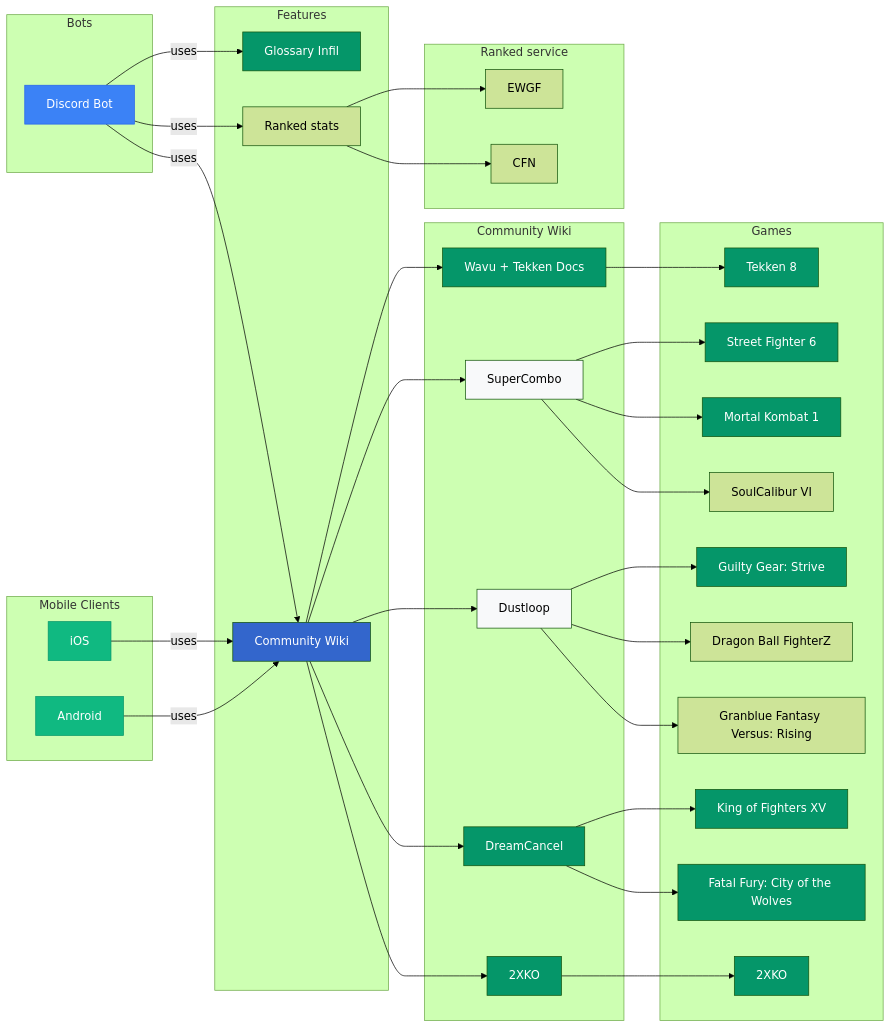
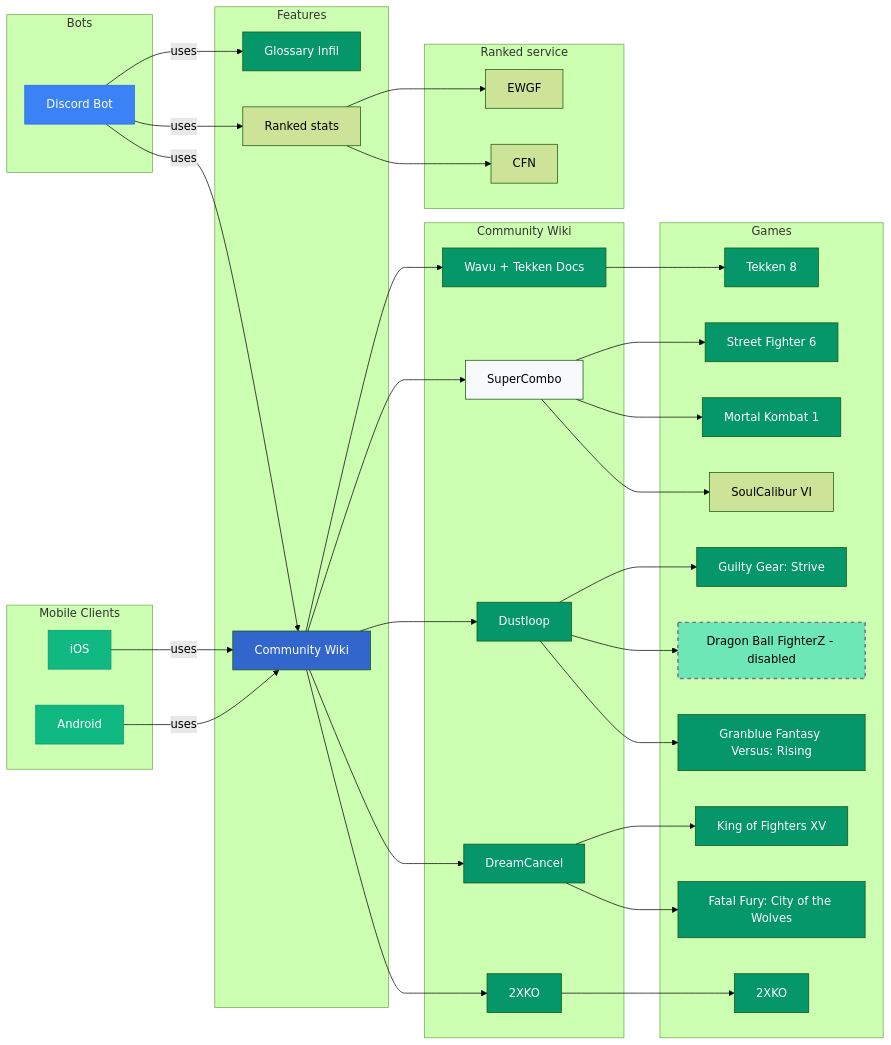
One commit to Sophon/FightingNerd changed the diagram in README.md. Above: the diagram before and after it, drawn with Mermaid (forest theme). The commit also changed 25 other files, not shown here.

````diff
--- a/README.md
+++ b/README.md
@@ -22,89 +22,91 @@
 ```mermaid
 graph LR
-  subgraph Bots
-    discordBot[Discord Bot]
-  end
+    subgraph Bots
+        discordBot[Discord Bot]
+    end
 
-  subgraph "Mobile Clients"
-    android[Android]
-    iOS[iOS]
-  end
+    subgraph "Mobile Clients"
+        android[Android]
+        iOS[iOS]
+    end
 
-  subgraph Features
-    glossaryInfil[Glossary Infil]
-    communityWiki[Community Wiki]
-    elo[Ranked stats]
-  end
+    subgraph Features
+        glossaryInfil[Glossary Infil]
+        communityWiki[Community Wiki]
+        elo[Ranked stats]
+    end
 
-  subgraph Community Wiki
-    wikiWavu[Wavu + Tekken Docs]
-    supercombo[SuperCombo]
-    2xko[2XKO]
-    dustloop[Dustloop]
-    dreamcancel[DreamCancel]
-  end
+    subgraph Community Wiki
+        wikiWavu[Wavu + Tekken Docs]
+        supercombo[SuperCombo]
+        2xko[2XKO]
+        dustloop[Dustloop]
+        dreamcancel[DreamCancel]
+    end
 
-  subgraph Games
-    t8[Tekken 8]
-    sf6[Street Fighter 6]
-    mk1[Mortal Kombat 1]
-    sc6[SoulCalibur VI]
-    ggst[Guilty Gear: Strive]
-    dbfz[Dragon Ball FighterZ]
-    gbvsr[Granblue Fantasy Versus: Rising]
-    kof15[King of Fighters XV]
-    cotw[Fatal Fury: City of the Wolves]
-    xko[2XKO]
-  end
+    subgraph Games
+        t8[Tekken 8]
+        sf6[Street Fighter 6]
+        mk1[Mortal Kombat 1]
+        sc6[SoulCalibur VI]
+        ggst[Guilty Gear: Strive]
+        dbfz[Dragon Ball FighterZ - disabled]
+        gbvsr[Granblue Fantasy Versus: Rising]
+        kof15[King of Fighters XV]
+        cotw[Fatal Fury: City of the Wolves]
+        xko[2XKO]
+    end
 
-  subgraph Ranked service
-    ewgf[EWGF]
-    cfn[CFN]
-  end
+    subgraph Ranked service
+        ewgf[EWGF]
+        cfn[CFN]
+    end
 
-  android -->|uses| communityWiki
-  iOS -->|uses| communityWiki
+    android -->|uses| communityWiki
+    iOS -->|uses| communityWiki
 
-  discordBot -->|uses| glossaryInfil
-  discordBot -->|uses| communityWiki
-  discordBot -->|uses| elo
+    discordBot -->|uses| glossaryInfil
+    discordBot -->|uses| communityWiki
+    discordBot -->|uses| elo
 
-  communityWiki --> wikiWavu
-  communityWiki --> supercombo
-  communityWiki --> 2xko
-  communityWiki --> dreamcancel
-  communityWiki --> dustloop
+    communityWiki --> wikiWavu
+    communityWiki --> supercombo
+    communityWiki --> 2xko
+    communityWiki --> dreamcancel
+    communityWiki --> dustloop
 
-  elo --> ewgf
-  elo --> cfn
+    elo --> ewgf
+    elo --> cfn
 
-  wikiWavu --> t8
-  supercombo --> sf6
-  supercombo --> mk1
-  supercombo --> sc6
-  dustloop --> ggst
-  dustloop --> dbfz
-  dustloop --> gbvsr
-  2xko --> xko
-  dreamcancel --> kof15
-  dreamcancel --> cotw
+    wikiWavu --> t8
+    supercombo --> sf6
+    supercombo --> mk1
+    supercombo --> sc6
+    dustloop --> ggst
+    dustloop --> dbfz
+    dustloop --> gbvsr
+    2xko --> xko
+    dreamcancel --> kof15
+    dreamcancel --> cotw
 
 
-  style discordBot fill:#3B82F6,stroke:#2563EB,color:#fff
-  style android fill:#10B981,stroke:#059669,color:#fff
-  style iOS fill:#10B981,stroke:#059669,color:#fff
-  style glossaryInfil fill:#059669,color:#fff
-  style communityWiki fill:#3366CC,color:#fff
-  style wikiWavu fill:#059669,color:#fff
-  style supercombo fill:#F8F9FA,color:#000000
-  style dreamcancel fill:#059669, color:#fff
-  style dustloop fill:#F8F9FA,color:#000000
-  style 2xko fill:#059669,color:#fff
-  style t8 fill:#059669, color:#fff
-  style sf6 fill:#059669, color:#fff
-  style xko fill:#059669, color:#fff
-  style kof15 fill:#059669,color:#fff
-  style cotw fill:#059669,color:#fff
-  style ggst fill:#059669,color:#fff
-  style mk1 fill:#059669,color:#fff
-```
+    style discordBot fill:#3B82F6,stroke:#2563EB,color:#fff
+    style android fill:#10B981,stroke:#059669,color:#fff
+    style iOS fill:#10B981,stroke:#059669,color:#fff
+    style glossaryInfil fill:#059669,color:#fff
+    style communityWiki fill:#3366CC,color:#fff
+    style wikiWavu fill:#059669,color:#fff
+    style supercombo fill:#F8F9FA,color:#000000
+    style dreamcancel fill:#059669, color:#fff
+    style dustloop fill:#059669,color:#fff
+    style 2xko fill:#059669,color:#fff
+    style t8 fill:#059669, color:#fff
+    style sf6 fill:#059669, color:#fff
+    style xko fill:#059669, color:#fff
+    style kof15 fill:#059669,color:#fff
+    style cotw fill:#059669,color:#fff
+    style ggst fill:#059669,color:#fff
+    style mk1 fill:#059669,color:#fff
+    style dbfz fill:#6EE7B7,color:#000000,stroke:#6B7280,stroke-width:2,stroke-dasharray:5 5
+    style gbvsr fill:#059669,color:#fff
+  ```
````
